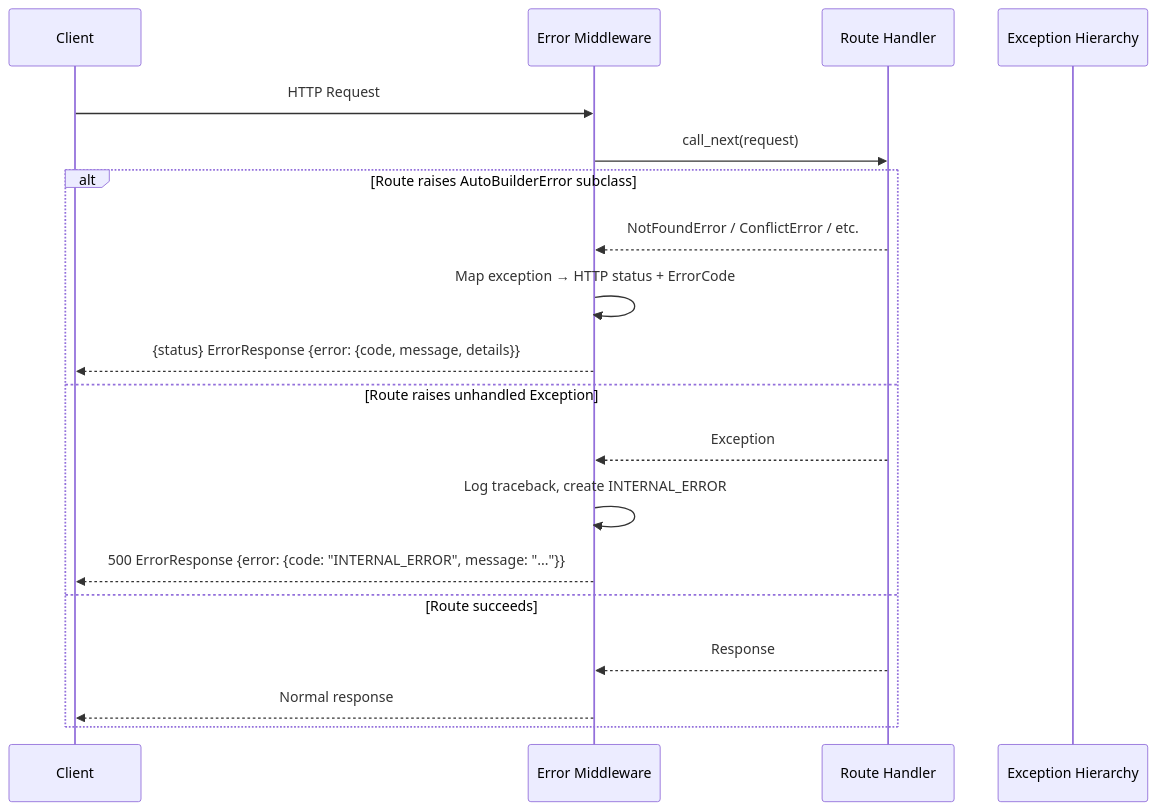
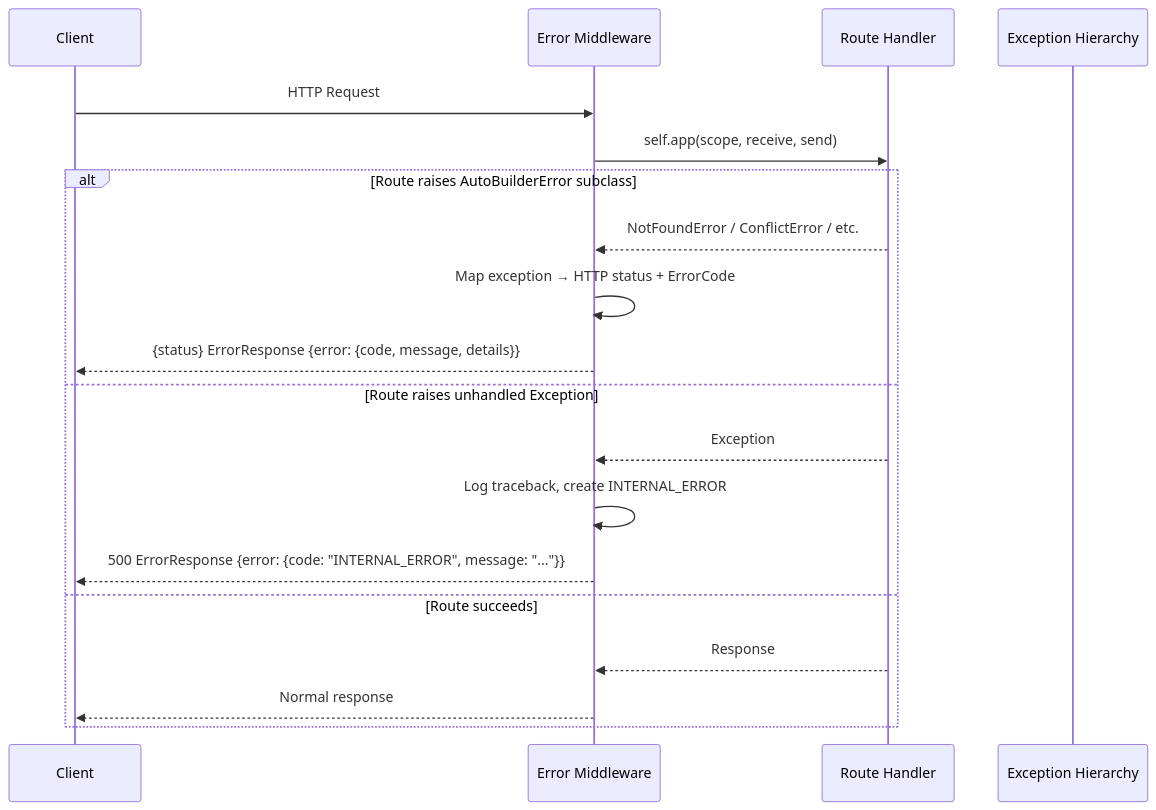
One commit to BechtelR/AutoBuilder changed the third of 8 diagrams in .dev/build-phase/phase-2/model.md. Above: the diagram before and after it, drawn with Mermaid. The commit also changed other lines of this file and 24 other files, not shown here.

````diff
--- a/.dev/build-phase/phase-2/model.md
+++ b/.dev/build-phase/phase-2/model.md
@@ -370,22 +400,22 @@
 ```mermaid
 sequenceDiagram
     participant Client
     participant ErrorMW as Error Middleware
     participant Route as Route Handler
     participant Exceptions as Exception Hierarchy
 
     Client->>ErrorMW: HTTP Request
-    ErrorMW->>Route: call_next(request)
+    ErrorMW->>Route: self.app(scope, receive, send)
     alt Route raises AutoBuilderError subclass
         Route-->>ErrorMW: NotFoundError / ConflictError / etc.
         ErrorMW->>ErrorMW: Map exception → HTTP status + ErrorCode
         ErrorMW-->>Client: {status} ErrorResponse {error: {code, message, details}}
     else Route raises unhandled Exception
         Route-->>ErrorMW: Exception
         ErrorMW->>ErrorMW: Log traceback, create INTERNAL_ERROR
         ErrorMW-->>Client: 500 ErrorResponse {error: {code: "INTERNAL_ERROR", message: "..."}}
     else Route succeeds
         Route-->>ErrorMW: Response
         ErrorMW-->>Client: Normal response
     end
 ```
````
